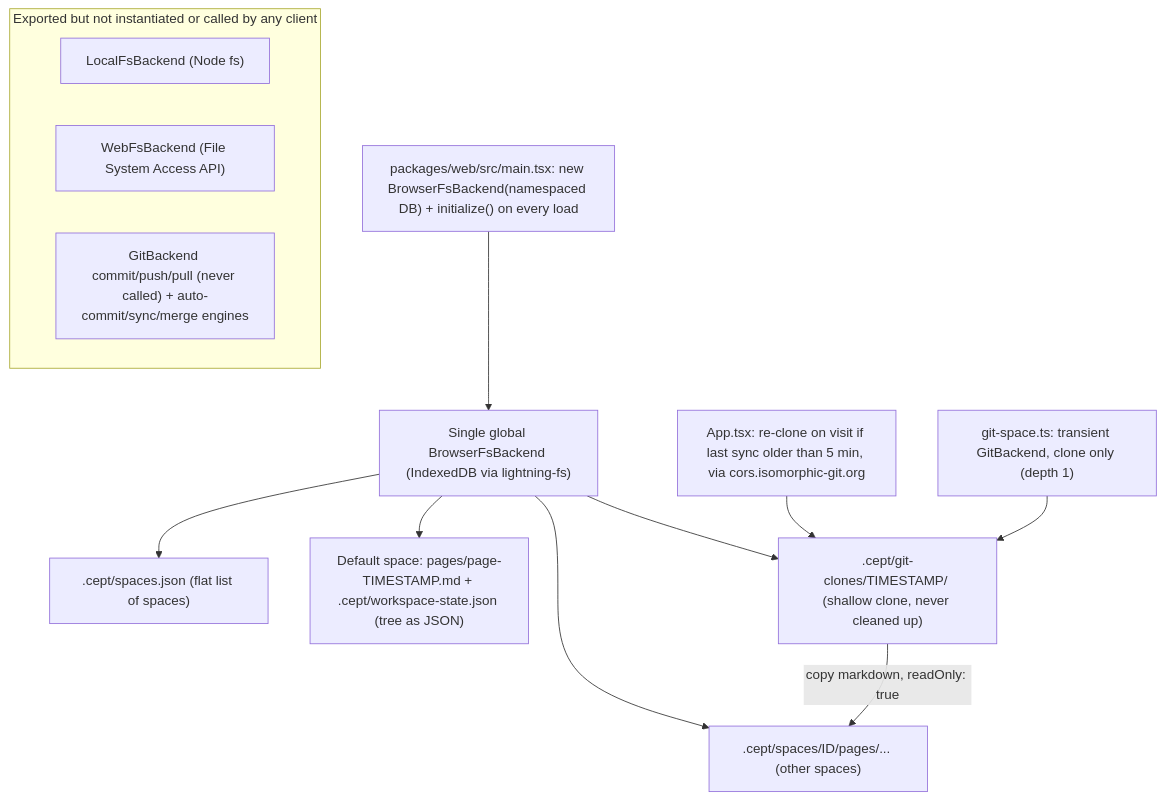
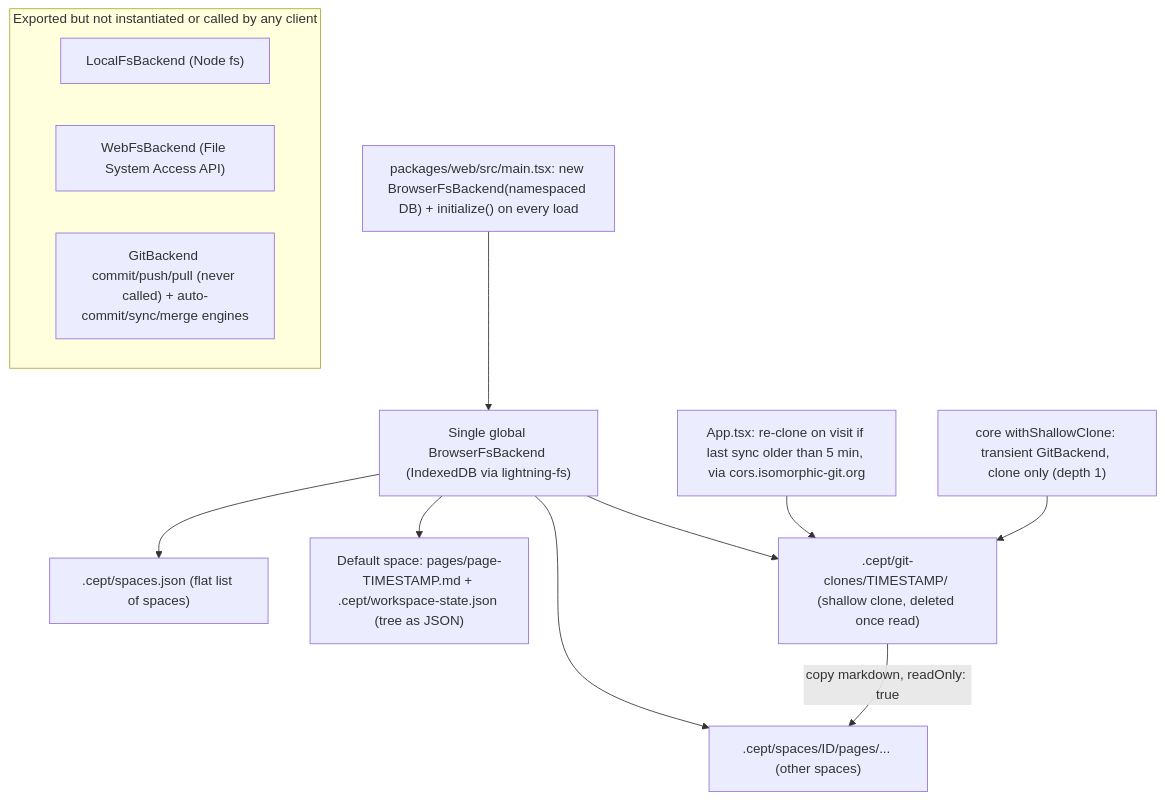
The third of 3 diagrams in docs/specs/requirements/03-spaces-and-storage.md (nsheaps/cept), drawn with Mermaid before and after one commit. The commit also changed other lines of this file and 15 other files, not shown here.

First line of the commit message:
refactor(core): move git transport and clone behind core (#392)

````diff
--- a/docs/specs/requirements/03-spaces-and-storage.md
+++ b/docs/specs/requirements/03-spaces-and-storage.md
@@ -134,18 +134,18 @@
 ```mermaid
 flowchart TB
     MAIN["packages/web/src/main.tsx: new BrowserFsBackend(namespaced DB) + initialize() on every load"]
     MAIN --> ONE["Single global BrowserFsBackend (IndexedDB via lightning-fs)"]
     ONE --> SJ[".cept/spaces.json (flat list of spaces)"]
     ONE --> DEF["Default space: pages/page-TIMESTAMP.md + .cept/workspace-state.json (tree as JSON)"]
     ONE --> OTHER[".cept/spaces/ID/pages/... (other spaces)"]
-    ONE --> CL[".cept/git-clones/TIMESTAMP/ (shallow clone, never cleaned up)"]
+    ONE --> CL[".cept/git-clones/TIMESTAMP/ (shallow clone, deleted once read)"]
     CL -- "copy markdown, readOnly: true" --> OTHER
     APPX["App.tsx: re-clone on visit if last sync older than 5 min, via cors.isomorphic-git.org"] --> CL
-    GBC["git-space.ts: transient GitBackend, clone only (depth 1)"] --> CL
+    GBC["core withShallowClone: transient GitBackend, clone only (depth 1)"] --> CL
 
     subgraph Unwired["Exported but not instantiated or called by any client"]
         LFS["LocalFsBackend (Node fs)"]
         WFS["WebFsBackend (File System Access API)"]
         GB["GitBackend commit/push/pull (never called) + auto-commit/sync/merge engines"]
     end
 ```
````
